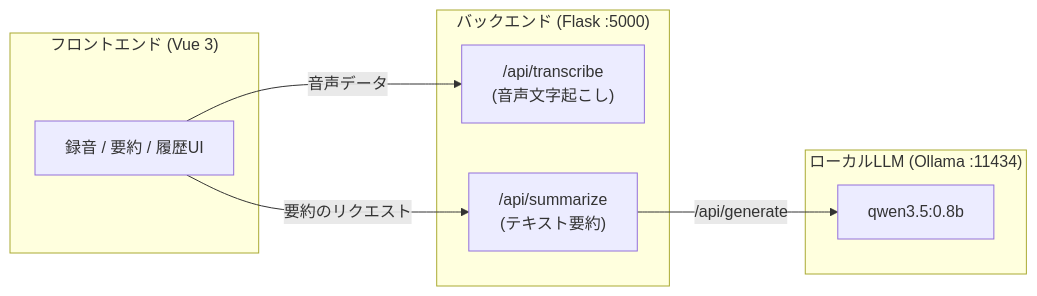
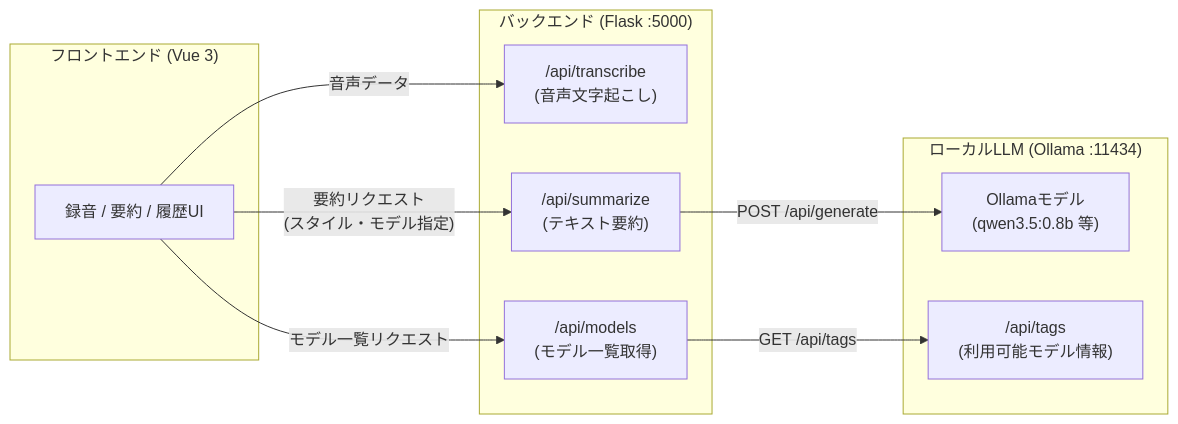
Before and after one commit to mie-u-psd-2026/mu-psd05: the diagram in readme.md, drawn with Mermaid. The commit also changed 1 other file, not shown here.

Commit message:
docs: API仕様書とREADMEアーキテクチャ図にモデル一覧・要約形式APIを追記

````diff
--- a/readme.md
+++ b/readme.md
@@ -132,19 +132,23 @@
 ```mermaid
 flowchart LR
     subgraph Client["フロントエンド (Vue 3)"]
         UI["録音 / 要約 / 履歴UI"]
     end
 
     subgraph Backend["バックエンド (Flask :5000)"]
         API_T["/api/transcribe<br>(音声文字起こし)"]
         API_S["/api/summarize<br>(テキスト要約)"]
+        API_M["/api/models<br>(モデル一覧取得)"]
     end
 
     subgraph AI["ローカルLLM (Ollama :11434)"]
-        Model["qwen3.5:0.8b"]
+        Model["Ollamaモデル<br>(qwen3.5:0.8b 等)"]
+        Tags["/api/tags<br>(利用可能モデル情報)"]
     end
 
     UI -->|音声データ| API_T
-    UI -->|要約のリクエスト| API_S
-    API_S -->|"/api/generate"| Model
+    UI -->|"要約リクエスト<br>(スタイル・モデル指定)"| API_S
+    UI -->|モデル一覧リクエスト| API_M
+    API_M -->|"GET /api/tags"| Tags
+    API_S -->|"POST /api/generate"| Model
 ```
````
